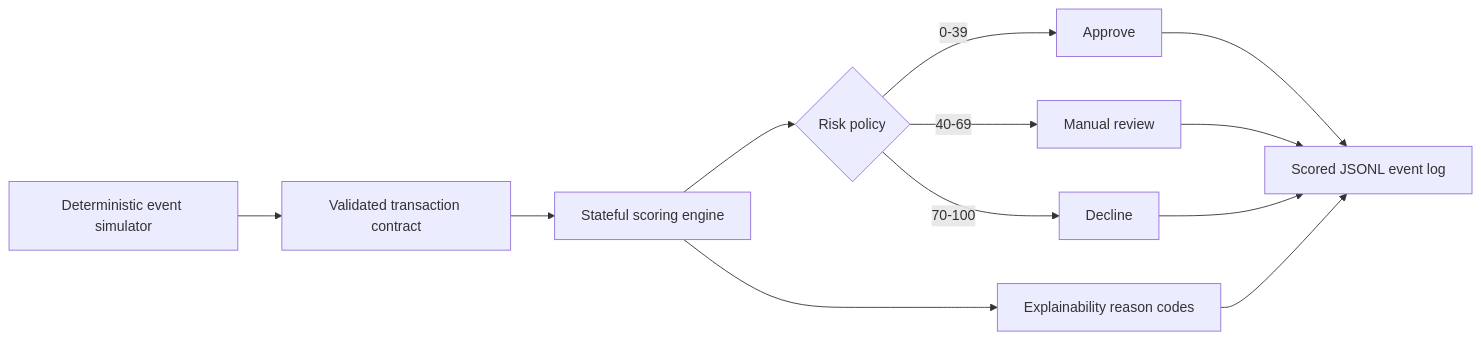
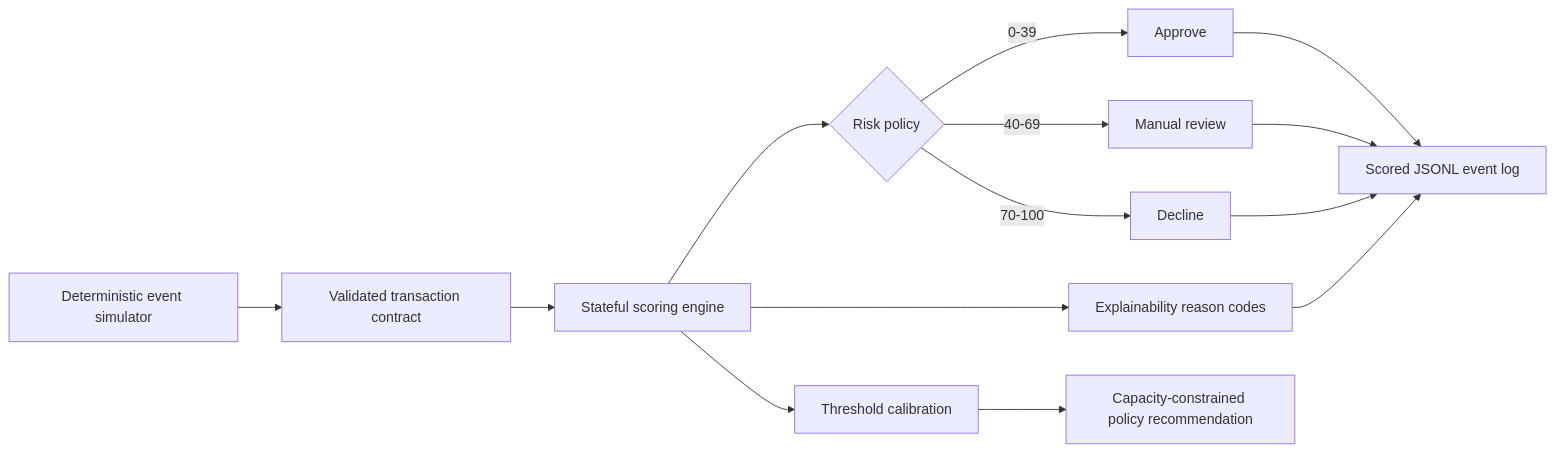
One commit to Siri20052003/FraudStream-360 changed the diagram in docs/architecture.md. Above: the diagram before and after it, drawn with Mermaid. The commit also changed other lines of this file and 6 other files, not shown here.

````diff
--- a/docs/architecture.md
+++ b/docs/architecture.md
@@ -3,11 +3,13 @@
 ```mermaid
 flowchart LR
     A[Deterministic event simulator] --> B[Validated transaction contract]
     B --> C[Stateful scoring engine]
     C --> D{Risk policy}
     D -->|0-39| E[Approve]
     D -->|40-69| F[Manual review]
     D -->|70-100| G[Decline]
     C --> H[Explainability reason codes]
     E & F & G & H --> I[Scored JSONL event log]
+    C --> J[Threshold calibration]
+    J --> K[Capacity-constrained policy recommendation]
 ```
````
